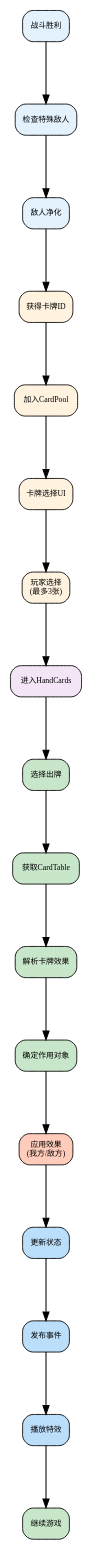
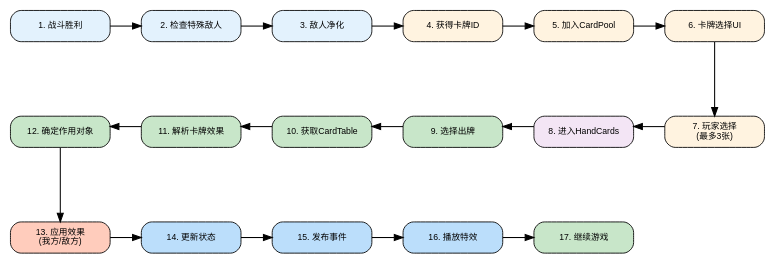
One commit to TXYzznc/GP changed the diagram in 项目知识库（AI）/图表资源/04-7_卡牌执行流程图.md. Above: the diagram before and after it, drawn with Graphviz. The commit also changed other lines of this file and 9 other files, not shown here.

Commit message:
docs: 标准化知识库 DOT 图表（统一样式、修复渲染、新增战斗触发架构图）

````diff
--- a/项目知识库（AI）/图表资源/04-7_卡牌执行流程图.md
+++ b/项目知识库（AI）/图表资源/04-7_卡牌执行流程图.md
@@ -5,34 +5,47 @@
 ```dot
 digraph CardFlow {
     rankdir=TB;
-    splines=orthogonal;
-    nodesep=0.8;
-    ranksep=1.0;
-    layout=dot;
+    splines=ortho;
+    nodesep=0.5;
+    ranksep=1.2;
     
-    node [shape=box, style="rounded,filled", fontname="微软雅黑", fontsize=9];
-    edge [arrowsize=1.0, penwidth=1.2];
+    node [shape=box, style="rounded,filled", fontname="SimHei,sans-serif", fontsize=10, width=1.6];
+    edge [arrowsize=1.0, penwidth=1.2, fontname="SimHei,sans-serif"];
     
-    // 关键流程节点
-    A1 [label="战斗胜利", fillcolor="#e3f2fd"];
-    A2 [label="检查特殊敌人", fillcolor="#e3f2fd"];
-    A3 [label="敌人净化", fillcolor="#e3f2fd"];
-    B1 [label="获得卡牌ID", fillcolor="#fff3e0"];
-    B2 [label="加入CardPool", fillcolor="#fff3e0"];
-    B3 [label="卡牌选择UI", fillcolor="#fff3e0"];
-    B4 [label="玩家选择\n(最多3张)", fillcolor="#fff3e0"];
-    C2 [label="进入HandCards", fillcolor="#f3e5f5"];
-    D1 [label="选择出牌", fillcolor="#c8e6c9"];
-    D2 [label="获取CardTable", fillcolor="#c8e6c9"];
-    D3 [label="解析卡牌效果", fillcolor="#c8e6c9"];
-    D4 [label="确定作用对象", fillcolor="#c8e6c9"];
-    E1 [label="应用效果\n(我方/敌方)", fillcolor="#ffccbc"];
-    F1 [label="更新状态", fillcolor="#bbdefb"];
-    F2 [label="发布事件", fillcolor="#bbdefb"];
-    F3 [label="播放特效", fillcolor="#bbdefb"];
-    G1 [label="继续游戏", fillcolor="#c8e6c9"];
+    // 节点定义
+    A1 [label="1. 战斗胜利", fillcolor="#e3f2fd"];
+    A2 [label="2. 检查特殊敌人", fillcolor="#e3f2fd"];
+    A3 [label="3. 敌人净化", fillcolor="#e3f2fd"];
+    B1 [label="4. 获得卡牌ID", fillcolor="#fff3e0"];
+    B2 [label="5. 加入CardPool", fillcolor="#fff3e0"];
+    B3 [label="6. 卡牌选择UI", fillcolor="#fff3e0"];
+    B4 [label="7. 玩家选择\n(最多3张)", fillcolor="#fff3e0"];
+    C2 [label="8. 进入HandCards", fillcolor="#f3e5f5"];
+    D1 [label="9. 选择出牌", fillcolor="#c8e6c9"];
+    D2 [label="10. 获取CardTable", fillcolor="#c8e6c9"];
+    D3 [label="11. 解析卡牌效果", fillcolor="#c8e6c9"];
+    D4 [label="12. 确定作用对象", fillcolor="#c8e6c9"];
+    E1 [label="13. 应用效果\n(我方/敌方)", fillcolor="#ffccbc"];
+    F1 [label="14. 更新状态", fillcolor="#bbdefb"];
+    F2 [label="15. 发布事件", fillcolor="#bbdefb"];
+    F3 [label="16. 播放特效", fillcolor="#bbdefb"];
+    G1 [label="17. 继续游戏", fillcolor="#c8e6c9"];
     
-    // 主流程
-    A1 -> A2 -> A3 -> B1 -> B2 -> B3 -> B4 -> C2 -> D1 -> D2 -> D3 -> D4 -> E1 -> F1 -> F2 -> F3 -> G1;
+    // === 第1行：左→右 ===
+    {rank=same; A1; A2; A3; B1; B2; B3}
+    A1 -> A2 -> A3 -> B1 -> B2 -> B3;
+    
+    // === 第2行：右→左（蛇形折返）===
+    {rank=same; B4; C2; D1; D2; D3; D4}
+    D4 -> D3 -> D2 -> D1 -> C2 -> B4 [style=invis];
+    B4 -> C2 -> D1 -> D2 -> D3 -> D4 [constraint=false];
+    
+    // === 第3行：左→右 ===
+    {rank=same; E1; F1; F2; F3; G1}
+    E1 -> F1 -> F2 -> F3 -> G1;
+    
+    // === 蛇形转弯 ===
+    B3 -> B4;   // 右侧向下
+    D4 -> E1;   // 左侧向下
 }
 ```
````
